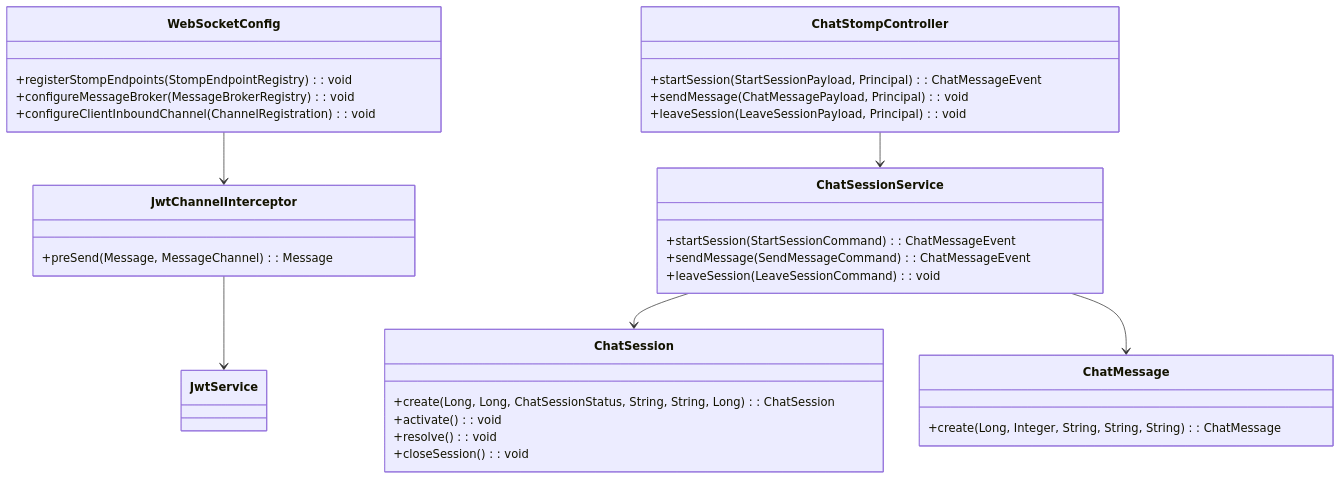
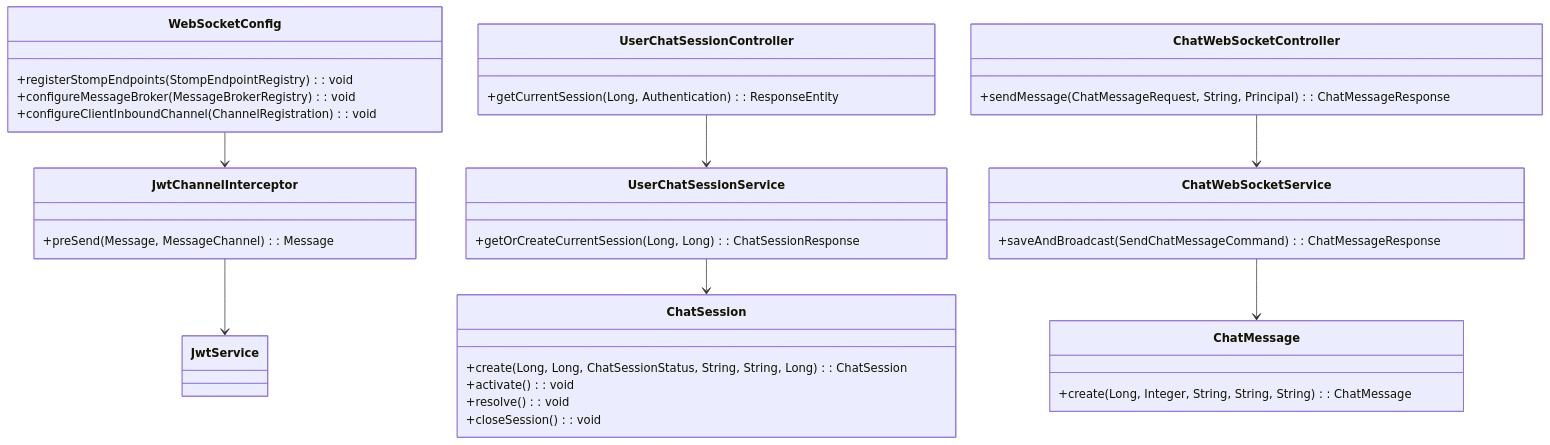
One commit to ajou-2026-1-capstone-5/ostone changed the second of 2 diagrams in .agent/specs/5.3.2.md. Above: the diagram before and after it, drawn with Mermaid. The commit also changed other lines of this file and 25 other files, not shown here.

Commit message:
fix(chat): align user chat session API

````diff
--- a/.agent/specs/5.3.2.md
+++ b/.agent/specs/5.3.2.md
@@ -135,35 +123,38 @@
 ```mermaid
 classDiagram
     class WebSocketConfig {
         +registerStompEndpoints(StompEndpointRegistry): void
         +configureMessageBroker(MessageBrokerRegistry): void
         +configureClientInboundChannel(ChannelRegistration): void
     }
-    class ChatStompController {
-        +startSession(StartSessionPayload, Principal): ChatMessageEvent
-        +sendMessage(ChatMessagePayload, Principal): void
-        +leaveSession(LeaveSessionPayload, Principal): void
+    class UserChatSessionController {
+        +getCurrentSession(Long, Authentication): ResponseEntity
     }
-    class ChatSessionService {
-        +startSession(StartSessionCommand): ChatMessageEvent
-        +sendMessage(SendMessageCommand): ChatMessageEvent
-        +leaveSession(LeaveSessionCommand): void
+    class ChatWebSocketController {
+        +sendMessage(ChatMessageRequest, String, Principal): ChatMessageResponse
+    }
+    class UserChatSessionService {
+        +getOrCreateCurrentSession(Long, Long): ChatSessionResponse
+    }
+    class ChatWebSocketService {
+        +saveAndBroadcast(SendChatMessageCommand): ChatMessageResponse
     }
     class JwtChannelInterceptor {
         +preSend(Message, MessageChannel): Message
     }
     class ChatSession {
         +create(Long, Long, ChatSessionStatus, String, String, Long): ChatSession
         +activate(): void
         +resolve(): void
         +closeSession(): void
     }
     class ChatMessage {
         +create(Long, Integer, String, String, String): ChatMessage
     }
     WebSocketConfig --> JwtChannelInterceptor
-    ChatStompController --> ChatSessionService
-    ChatSessionService --> ChatSession
-    ChatSessionService --> ChatMessage
+    UserChatSessionController --> UserChatSessionService
+    ChatWebSocketController --> ChatWebSocketService
+    UserChatSessionService --> ChatSession
+    ChatWebSocketService --> ChatMessage
     JwtChannelInterceptor --> JwtService
 ```
````
